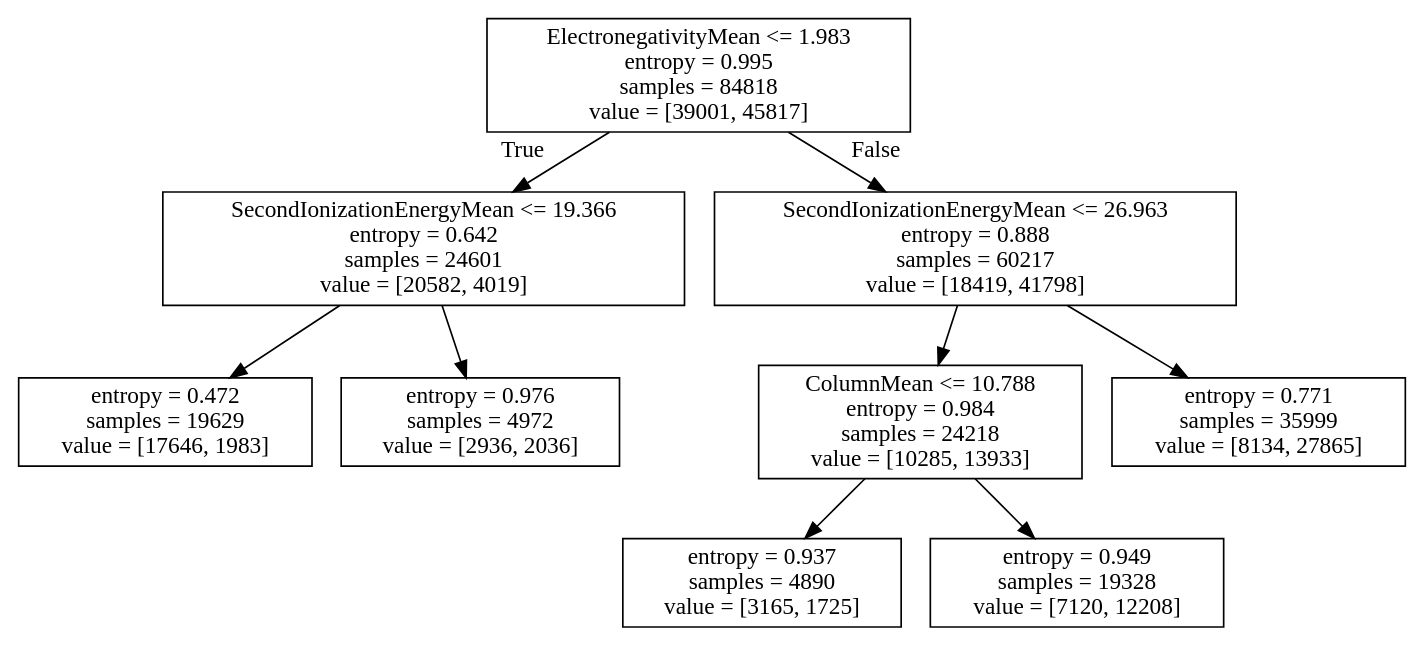
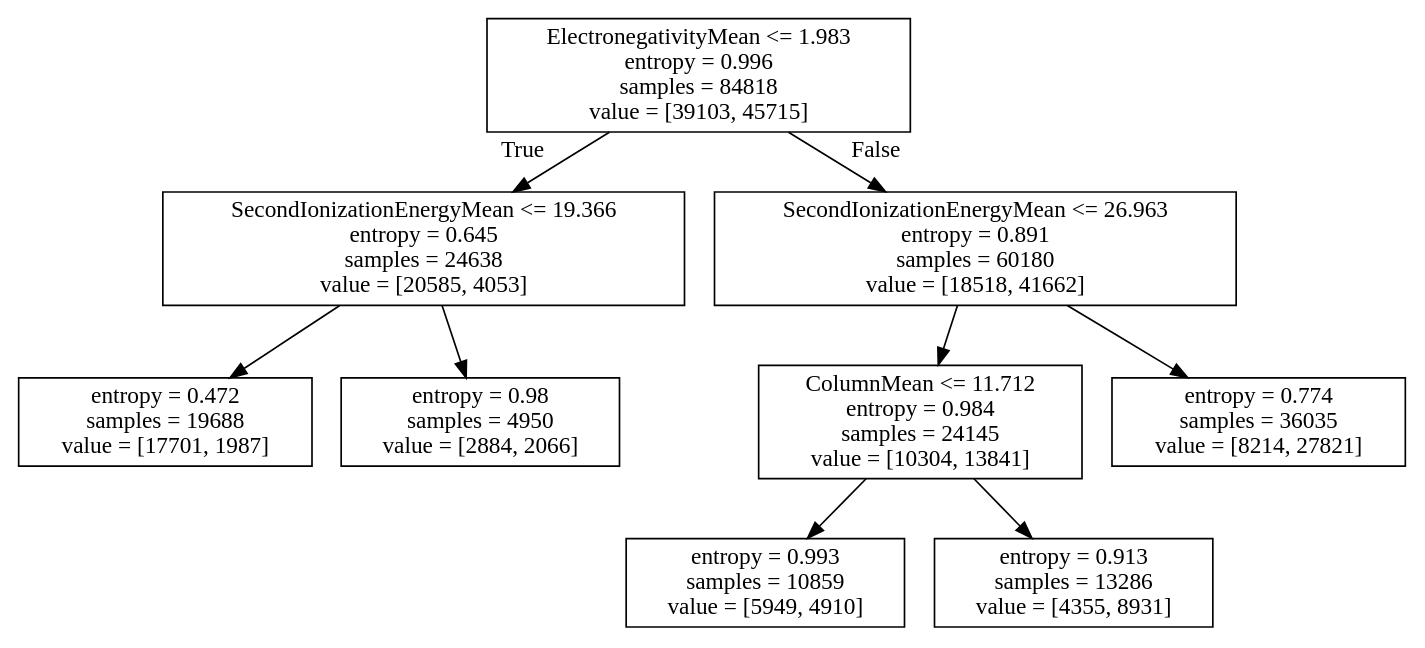
The diagram in lectures/metal_insulator_tree.dot (materialsvirtuallab/nano281), drawn with Graphviz before and after one commit. The commit also changed 1 other file, not shown here.

```diff
--- a/lectures/metal_insulator_tree.dot
+++ b/lectures/metal_insulator_tree.dot
@@ -1,20 +1,20 @@
 digraph Tree {
 node [shape=box] ;
-0 [label="ElectronegativityMean <= 1.983\nentropy = 0.995\nsamples = 84818\nvalue = [39001, 45817]"] ;
-1 [label="SecondIonizationEnergyMean <= 19.366\nentropy = 0.642\nsamples = 24601\nvalue = [20582, 4019]"] ;
+0 [label="ElectronegativityMean <= 1.983\nentropy = 0.996\nsamples = 84818\nvalue = [39103, 45715]"] ;
+1 [label="SecondIonizationEnergyMean <= 19.366\nentropy = 0.645\nsamples = 24638\nvalue = [20585, 4053]"] ;
 0 -> 1 [labeldistance=2.5, labelangle=45, headlabel="True"] ;
-2 [label="entropy = 0.472\nsamples = 19629\nvalue = [17646, 1983]"] ;
+2 [label="entropy = 0.472\nsamples = 19688\nvalue = [17701, 1987]"] ;
 1 -> 2 ;
-3 [label="entropy = 0.976\nsamples = 4972\nvalue = [2936, 2036]"] ;
+3 [label="entropy = 0.98\nsamples = 4950\nvalue = [2884, 2066]"] ;
 1 -> 3 ;
-4 [label="SecondIonizationEnergyMean <= 26.963\nentropy = 0.888\nsamples = 60217\nvalue = [18419, 41798]"] ;
+4 [label="SecondIonizationEnergyMean <= 26.963\nentropy = 0.891\nsamples = 60180\nvalue = [18518, 41662]"] ;
 0 -> 4 [labeldistance=2.5, labelangle=-45, headlabel="False"] ;
-5 [label="ColumnMean <= 10.788\nentropy = 0.984\nsamples = 24218\nvalue = [10285, 13933]"] ;
+5 [label="ColumnMean <= 11.712\nentropy = 0.984\nsamples = 24145\nvalue = [10304, 13841]"] ;
 4 -> 5 ;
-6 [label="entropy = 0.937\nsamples = 4890\nvalue = [3165, 1725]"] ;
+6 [label="entropy = 0.993\nsamples = 10859\nvalue = [5949, 4910]"] ;
 5 -> 6 ;
-7 [label="entropy = 0.949\nsamples = 19328\nvalue = [7120, 12208]"] ;
+7 [label="entropy = 0.913\nsamples = 13286\nvalue = [4355, 8931]"] ;
 5 -> 7 ;
-8 [label="entropy = 0.771\nsamples = 35999\nvalue = [8134, 27865]"] ;
+8 [label="entropy = 0.774\nsamples = 36035\nvalue = [8214, 27821]"] ;
 4 -> 8 ;
 }
```
